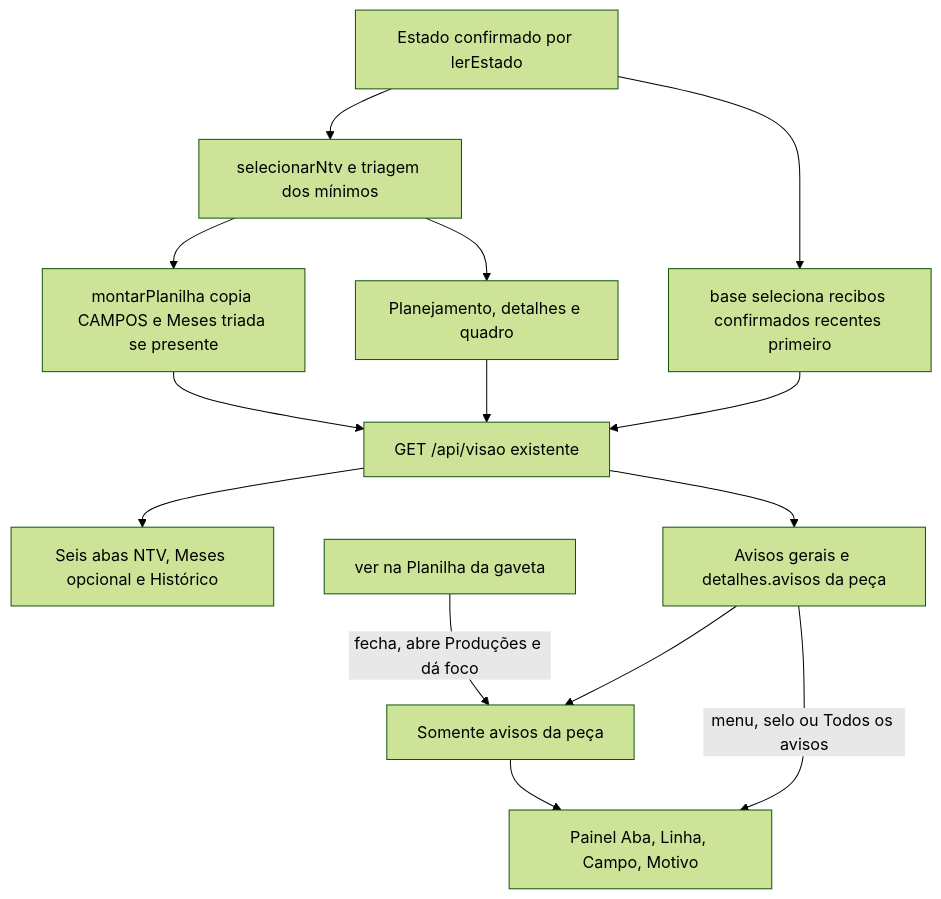
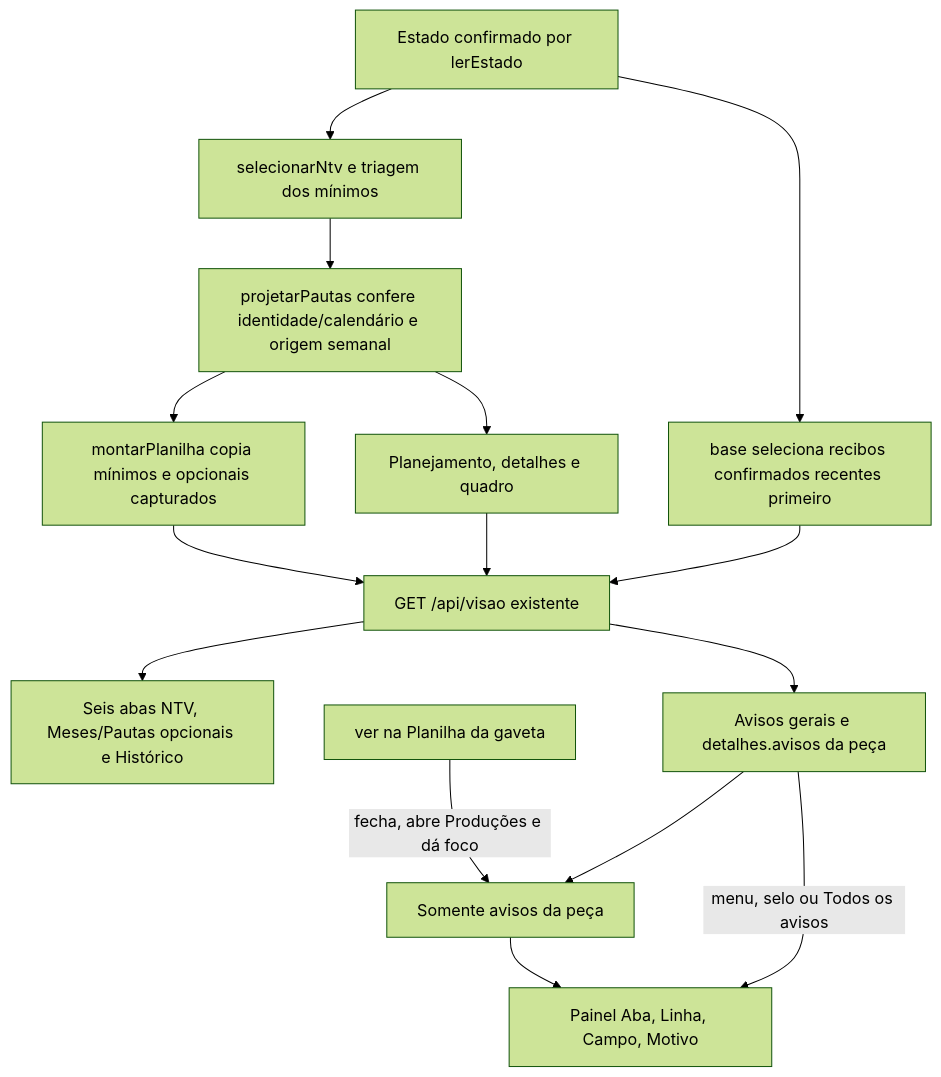
Before and after one commit to Browsher/crm-social: the third of 4 diagrams in docs/architecture.md, drawn with Mermaid (forest theme). The commit also changed other lines of this file and 55 other files, not shown here.

Commit message:
feat: mostrar pautas no planejamento mensal e origem semanal

````diff
--- a/docs/architecture.md
+++ b/docs/architecture.md
@@ -191,16 +201,17 @@
 ```mermaid
 flowchart TD
   Estado[Estado confirmado por lerEstado] --> Selecionar[selecionarNtv e triagem dos mínimos]
-  Selecionar --> Copiar[montarPlanilha copia CAMPOS e Meses triada se presente]
-  Selecionar --> Enriquecer[Planejamento, detalhes e quadro]
+  Selecionar --> Pautas[projetarPautas confere identidade/calendário e origem semanal]
+  Pautas --> Copiar[montarPlanilha copia mínimos e opcionais capturados]
+  Pautas --> Enriquecer[Planejamento, detalhes e quadro]
   Estado --> Recibos[base seleciona recibos confirmados recentes primeiro]
   Copiar --> API[GET /api/visao existente]
   Enriquecer --> API
   Recibos --> API
-  API --> Abas[Seis abas NTV, Meses opcional e Histórico]
+  API --> Abas[Seis abas NTV, Meses/Pautas opcionais e Histórico]
   API --> Avisos[Avisos gerais e detalhes.avisos da peça]
   Gaveta[ver na Planilha da gaveta] -->|fecha, abre Produções e dá foco| Filtro[Somente avisos da peça]
   Avisos --> Filtro
   Filtro --> Painel[Painel Aba, Linha, Campo, Motivo]
   Avisos -->|menu, selo ou Todos os avisos| Painel
 ```
````
